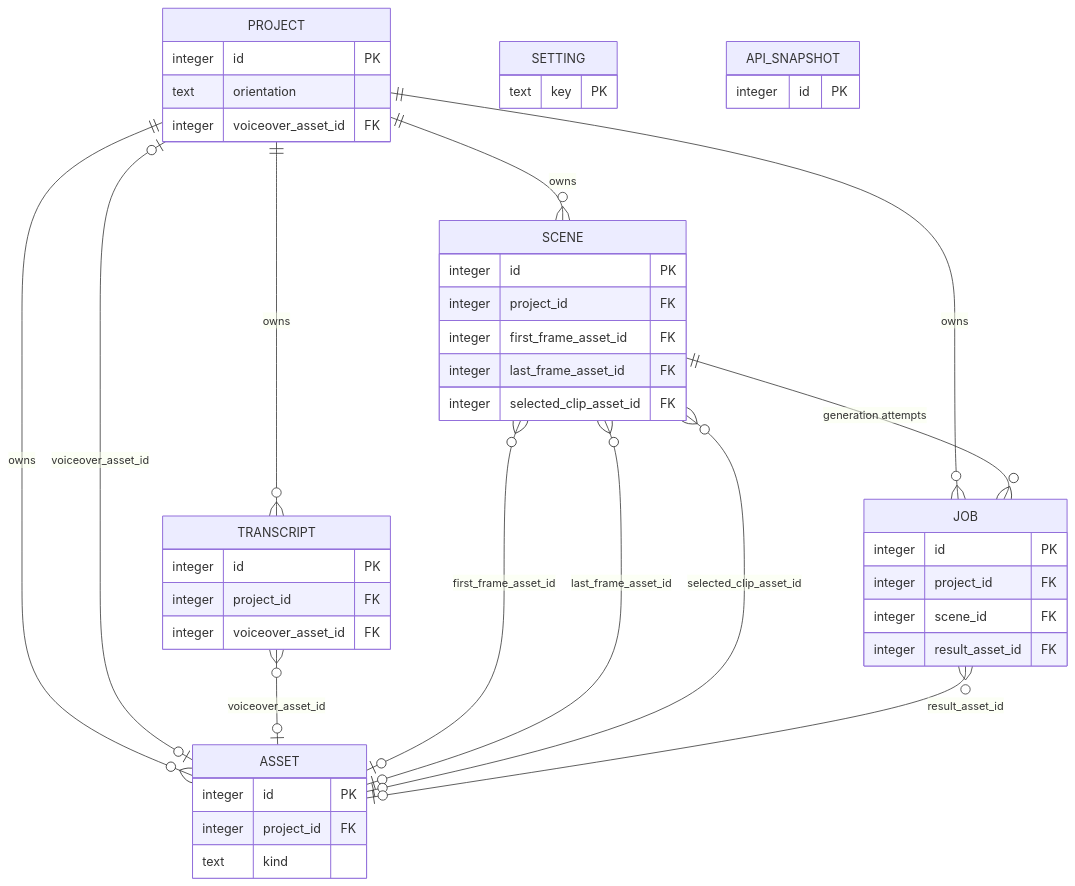
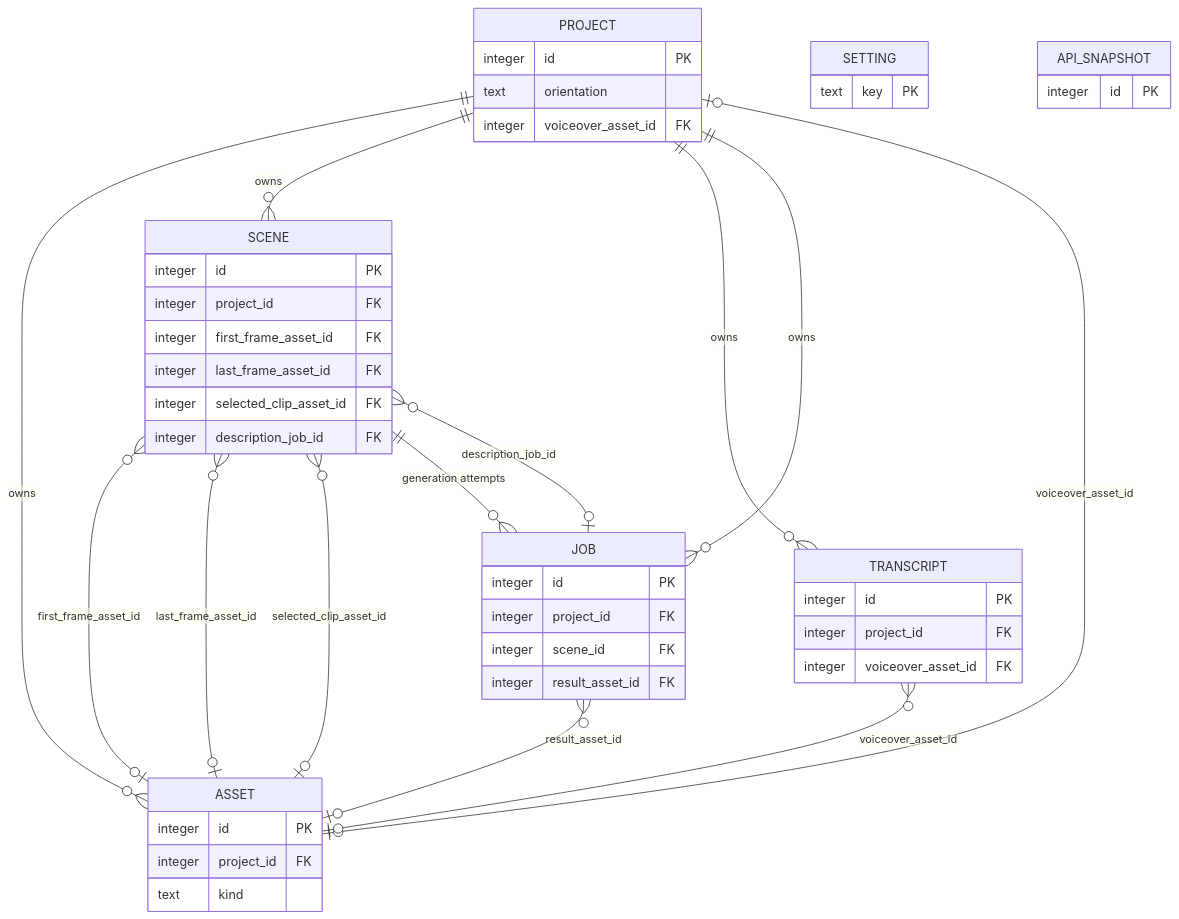
One commit to Joshi004/VisionStudio changed the diagram in DATABASE_STRUCTURE.md. Above: the diagram before and after it, drawn with Mermaid. The commit also changed other lines of this file and 28 other files, not shown here.

First line of the commit message:
Implement AI-driven scene description drafting and enhance project schema

````diff
--- a/DATABASE_STRUCTURE.md
+++ b/DATABASE_STRUCTURE.md
@@ -56,49 +58,51 @@
 ```mermaid
 erDiagram
     PROJECT {
         integer id PK
         text orientation
         integer voiceover_asset_id FK
     }
     ASSET {
         integer id PK
         integer project_id FK
         text kind
     }
     TRANSCRIPT {
         integer id PK
         integer project_id FK
         integer voiceover_asset_id FK
     }
     SCENE {
         integer id PK
         integer project_id FK
         integer first_frame_asset_id FK
         integer last_frame_asset_id FK
         integer selected_clip_asset_id FK
+        integer description_job_id FK
     }
     JOB {
         integer id PK
         integer project_id FK
         integer scene_id FK
         integer result_asset_id FK
     }
     SETTING {
         text key PK
     }
     API_SNAPSHOT {
         integer id PK
     }
 
     PROJECT ||--o{ ASSET         : "owns"
     PROJECT ||--o{ SCENE         : "owns"
     PROJECT ||--o{ TRANSCRIPT    : "owns"
     PROJECT ||--o{ JOB           : "owns"
     PROJECT |o--o| ASSET         : "voiceover_asset_id"
     TRANSCRIPT }o--o| ASSET      : "voiceover_asset_id"
     SCENE   }o--o| ASSET         : "first_frame_asset_id"
     SCENE   }o--o| ASSET         : "last_frame_asset_id"
     SCENE   }o--o| ASSET         : "selected_clip_asset_id"
     SCENE   ||--o{ JOB           : "generation attempts"
+    SCENE   }o--o| JOB           : "description_job_id"
     JOB     }o--o| ASSET         : "result_asset_id"
 ```
````
